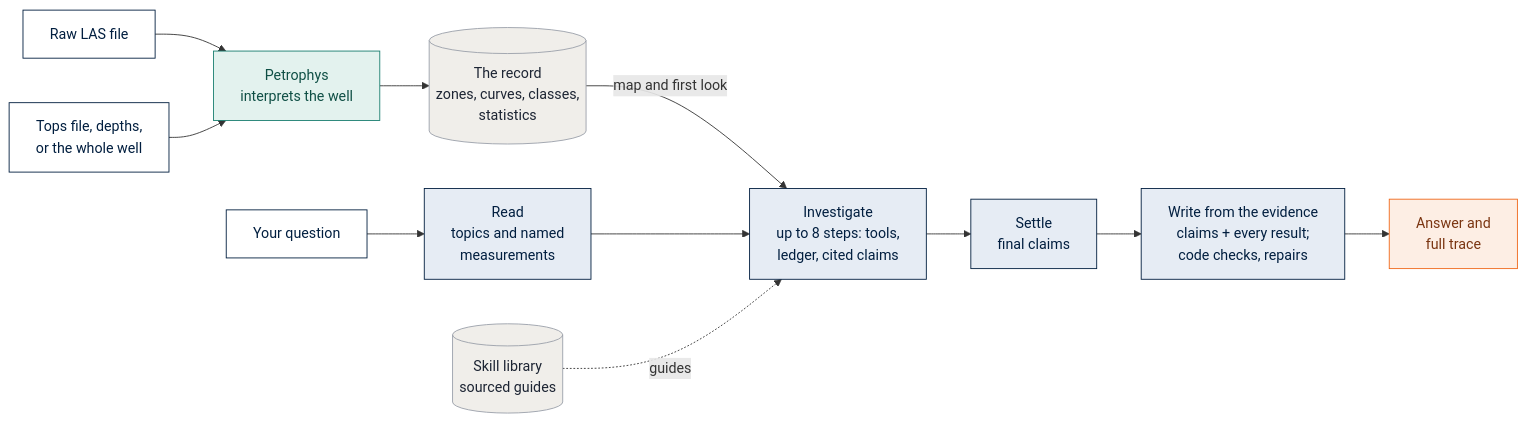
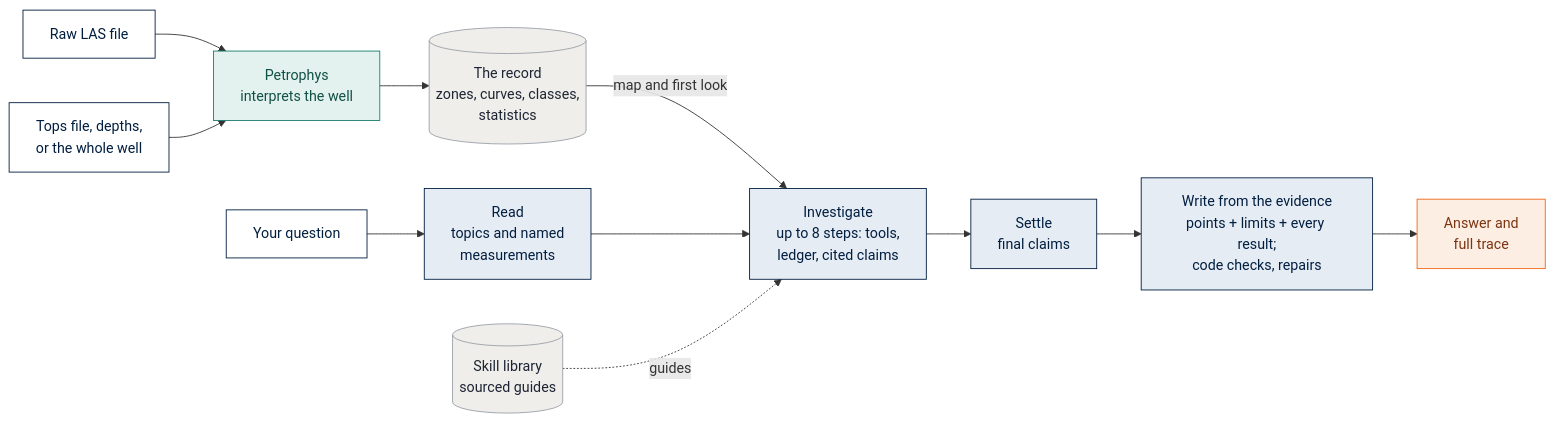
Before and after one commit to sambalshikhar/PetroHarness: the first of 2 diagrams in README.md, drawn with Mermaid. The commit also changed other lines of this file and 279 other files, not shown here.

````diff
--- a/README.md
+++ b/README.md
@@ -136,28 +137,28 @@
 ```mermaid
 flowchart LR
     las["Raw LAS file"]:::input
     where["Tops file, depths,<br/>or the whole well"]:::input
     q["Your question"]:::input
     pp["Petrophys<br/>interprets the well"]:::petrophys
     rec[("The record<br/>zones, curves, classes,<br/>statistics")]:::record
     read["Read<br/>topics and named<br/>measurements"]:::model
     inv["Investigate<br/>up to 8 steps: tools,<br/>ledger, cited claims"]:::model
     skills[("Skill library<br/>sourced guides")]:::record
     settle["Settle<br/>final claims"]:::model
-    write["Write from the evidence<br/>claims + every result;<br/>code checks, repairs"]:::model
+    write["Write from the evidence<br/>points + limits + every result;<br/>code checks, repairs"]:::model
     out["Answer and<br/>full trace"]:::output
 
     las --> pp
     where --> pp
     pp --> rec
     rec -- "map and first look" --> inv
     q --> read --> inv
     skills -. "guides" .-> inv
     inv --> settle --> write --> out
 
     classDef input fill:#ffffff,stroke:#011e3f,color:#011e3f
     classDef petrophys fill:#e3f2ee,stroke:#197e6f,color:#0f4f45
     classDef record fill:#f0eeea,stroke:#9aa0aa,color:#1c2433
     classDef model fill:#e6ecf4,stroke:#011e3f,color:#011e3f
     classDef output fill:#fdeee4,stroke:#ef6719,color:#7a3410
 ```
````
